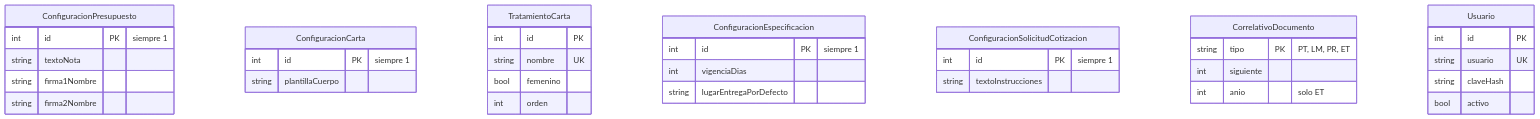
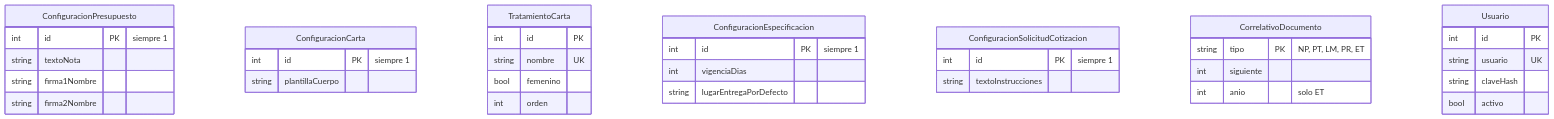
The fifth of 5 diagrams in docs/modelo-logico-datos.md (wilDC123/presupuestosRedes), drawn with Mermaid before and after one commit. The commit also changed other lines of this file and 26 other files, not shown here.

````diff
--- a/docs/modelo-logico-datos.md
+++ b/docs/modelo-logico-datos.md
@@ -303,39 +304,39 @@
 ```mermaid
 erDiagram
     ConfiguracionPresupuesto {
         int id PK "siempre 1"
         string textoNota
         string firma1Nombre
         string firma2Nombre
     }
     ConfiguracionCarta {
         int id PK "siempre 1"
         string plantillaCuerpo
     }
     TratamientoCarta {
         int id PK
         string nombre UK
         bool femenino
         int orden
     }
     ConfiguracionEspecificacion {
         int id PK "siempre 1"
         int vigenciaDias
         string lugarEntregaPorDefecto
     }
     ConfiguracionSolicitudCotizacion {
         int id PK "siempre 1"
         string textoInstrucciones
     }
     CorrelativoDocumento {
-        string tipo PK "PT, LM, PR, ET"
+        string tipo PK "NP, PT, LM, PR, ET"
         int siguiente
         int anio "solo ET"
     }
     Usuario {
         int id PK
         string usuario UK
         string claveHash
         bool activo
     }
 ```
````
